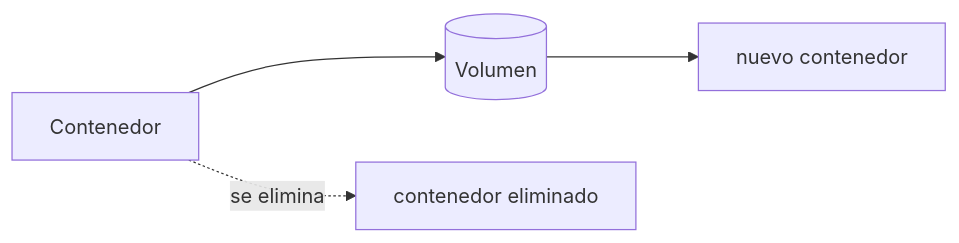
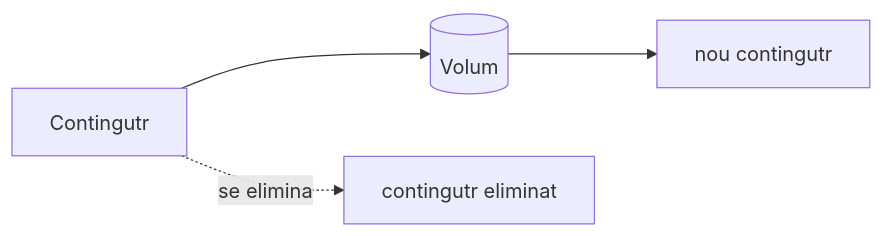
One commit to jordicido/jordicina changed the seventh of 12 diagrams in docs/daw-daw/up3/09-virtualizacion-contenedores-nube.md. Above: the diagram before and after it, drawn with Mermaid. The commit also changed other lines of this file and 10 other files, not shown here.

````diff
--- a/docs/daw-daw/up3/09-virtualizacion-contenedores-nube.md
+++ b/docs/daw-daw/up3/09-virtualizacion-contenedores-nube.md
@@ -327,6 +327,6 @@
 ```mermaid
 flowchart LR
-    C["Contenedor"] --> V[("Volumen")]
-    C -.->|"se elimina"| X["contenedor eliminado"]
-    V --> N["nuevo contenedor"]
+    C["Contingutr"] --> V[("Volum")]
+    C -.->|"se elimina"| X["contingutr eliminat"]
+    V --> N["nou contingutr"]
 ```
````
